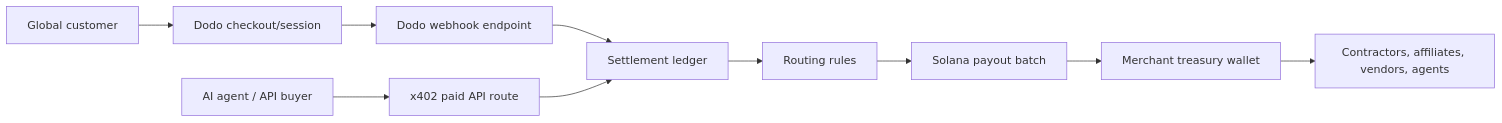
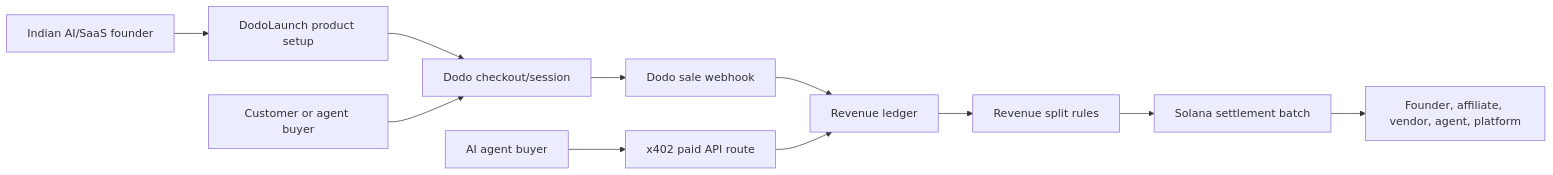
Before and after one commit to jerreenj/DodoLaunch-India: the diagram in HACKATHON_WIN_PLAN.md, drawn with Mermaid. The commit also changed other lines of this file and 11 other files, not shown here.

Commit message:
Pivot to DodoLaunch revenue product

````diff
--- a/HACKATHON_WIN_PLAN.md
+++ b/HACKATHON_WIN_PLAN.md
@@ -114,12 +95,13 @@
 ```mermaid
 flowchart LR
-  Customer["Global customer"] --> Dodo["Dodo checkout/session"]
-  Dodo --> Webhook["Dodo webhook endpoint"]
-  Webhook --> Ledger["Settlement ledger"]
-  Ledger --> Rules["Routing rules"]
-  Rules --> Batch["Solana payout batch"]
-  Batch --> Wallet["Merchant treasury wallet"]
-  Wallet --> Recipients["Contractors, affiliates, vendors, agents"]
-  Agent["AI agent / API buyer"] --> X402["x402 paid API route"]
+  Founder["Indian AI/SaaS founder"] --> Launch["DodoLaunch product setup"]
+  Launch --> Dodo["Dodo checkout/session"]
+  Buyer["Customer or agent buyer"] --> Dodo
+  Dodo --> Webhook["Dodo sale webhook"]
+  Webhook --> Ledger["Revenue ledger"]
+  Ledger --> Rules["Revenue split rules"]
+  Rules --> Batch["Solana settlement batch"]
+  Batch --> Parties["Founder, affiliate, vendor, agent, platform"]
+  Agent["AI agent buyer"] --> X402["x402 paid API route"]
   X402 --> Ledger
 ```
````
